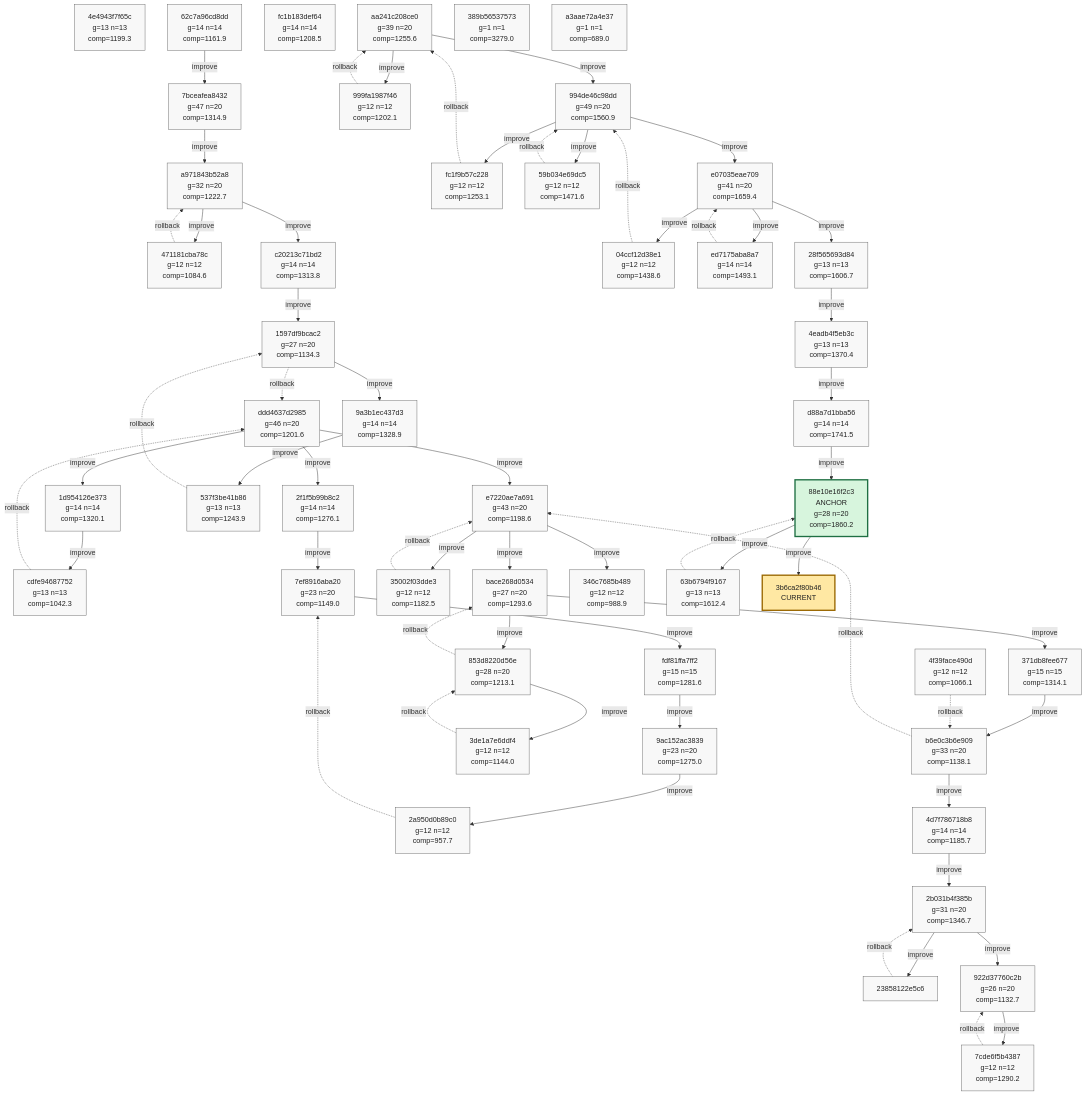
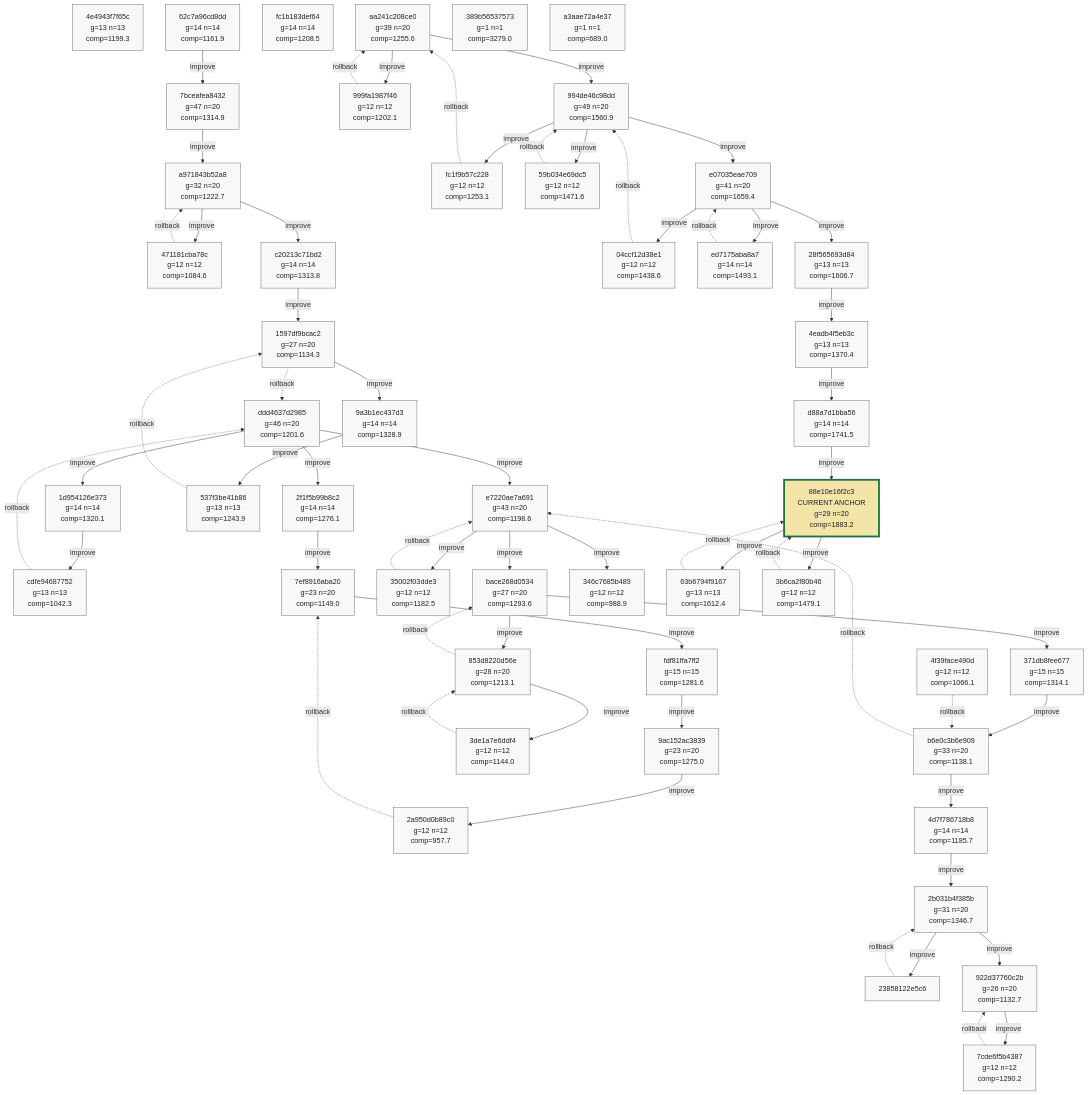
Before and after one commit to azumag/soviet_now: the ninth of 9 diagrams in phyrogenetic-tree.md, drawn with Mermaid. The commit also changed other lines of this file and 2 other files, not shown here.

````diff
--- a/phyrogenetic-tree.md
+++ b/phyrogenetic-tree.md
@@ -2274,11 +2275,11 @@
     h_28f565693d84["28f565693d84<br/>g=13 n=13<br/>comp=1606.7"]
     h_4eadb4f5eb3c["4eadb4f5eb3c<br/>g=13 n=13<br/>comp=1370.4"]
     h_d88a7d1bba56["d88a7d1bba56<br/>g=14 n=14<br/>comp=1741.5"]
-    h_88e10e16f2c3["88e10e16f2c3<br/>ANCHOR<br/>g=28 n=20<br/>comp=1860.2"]
+    h_88e10e16f2c3["88e10e16f2c3<br/>CURRENT ANCHOR<br/>g=29 n=20<br/>comp=1883.2"]
     h_63b6794f9167["63b6794f9167<br/>g=13 n=13<br/>comp=1612.4"]
+    h_3b6ca2f80b46["3b6ca2f80b46<br/>g=12 n=12<br/>comp=1479.1"]
     h_389b56537573["389b56537573<br/>g=1 n=1<br/>comp=3279.0"]
     h_a3aae72a4e37["a3aae72a4e37<br/>g=1 n=1<br/>comp=689.0"]
-    h_3b6ca2f80b46["3b6ca2f80b46<br/>CURRENT"]
 
     h_ddd4637d2985 -->|improve| h_1d954126e373
     h_1d954126e373 -->|improve| h_cdfe94687752
@@ -2338,6 +2339,7 @@
     h_88e10e16f2c3 -->|improve| h_63b6794f9167
     h_63b6794f9167 -. rollback .-> h_88e10e16f2c3
     h_88e10e16f2c3 -->|improve| h_3b6ca2f80b46
+    h_3b6ca2f80b46 -. rollback .-> h_88e10e16f2c3
 
     classDef plain fill:#f8f8f8,stroke:#666,stroke-width:1px,color:#222;
     classDef current fill:#ffe8a3,stroke:#9a6700,stroke-width:3px,color:#222;
@@ -2387,9 +2389,9 @@
     class h_28f565693d84 plain;
     class h_4eadb4f5eb3c plain;
     class h_d88a7d1bba56 plain;
-    class h_88e10e16f2c3 anchor;
+    class h_88e10e16f2c3 current_anchor;
     class h_63b6794f9167 plain;
+    class h_3b6ca2f80b46 plain;
     class h_389b56537573 plain;
     class h_a3aae72a4e37 plain;
-    class h_3b6ca2f80b46 current;
 ```
````
